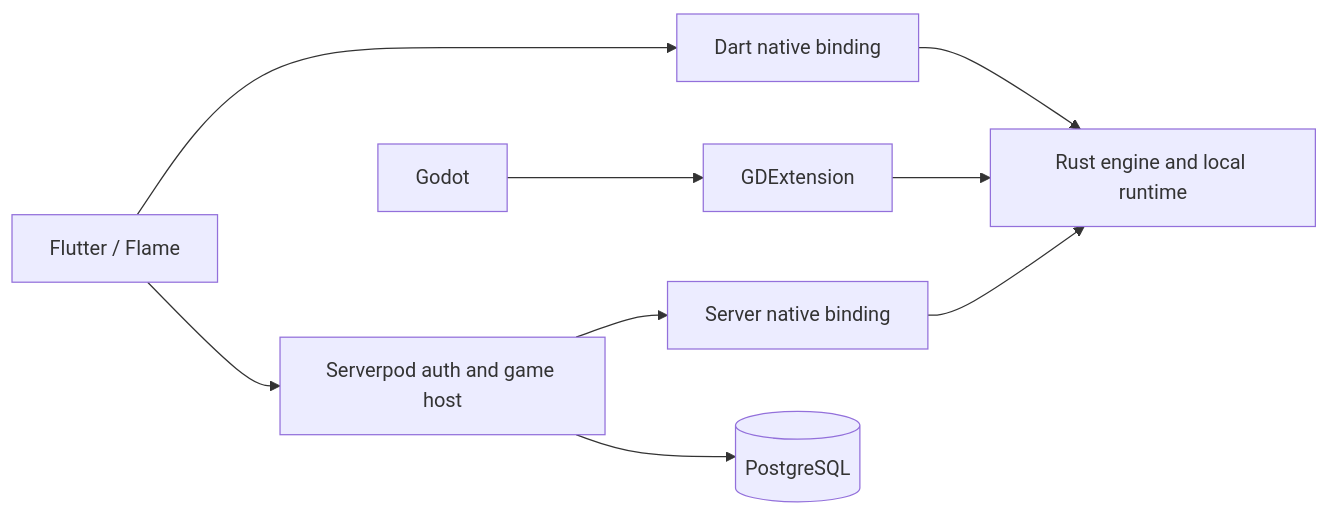
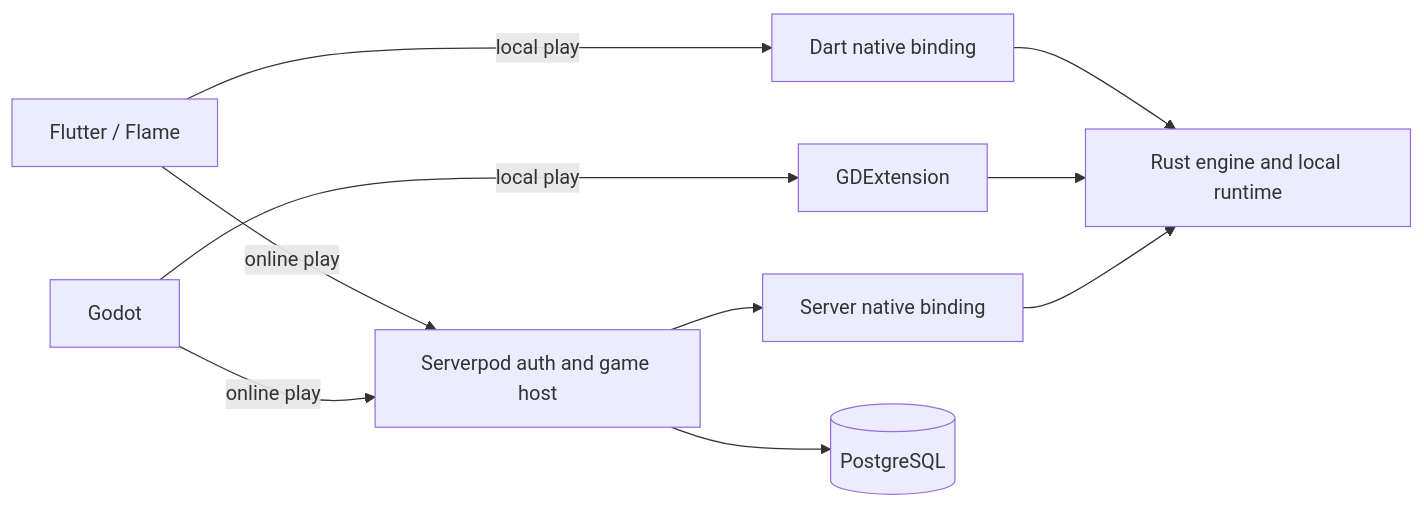
Before and after one commit to ernestwisniewski/age-of-new-worlds: the diagram in docs/README.md, drawn with Mermaid.

Commit message:
Connect Godot to multiplayer architecture

````diff
--- a/docs/README.md
+++ b/docs/README.md
@@ -29,11 +29,12 @@
 ```mermaid
 flowchart LR
-  Flutter["Flutter / Flame"] --> LocalBoundary["Dart native binding"]
-  Godot["Godot"] --> GodotBoundary["GDExtension"]
+  Flutter["Flutter / Flame"] -->|local play| LocalBoundary["Dart native binding"]
+  Godot["Godot"] -->|local play| GodotBoundary["GDExtension"]
   LocalBoundary --> Rust["Rust engine and local runtime"]
   GodotBoundary --> Rust
-  Flutter --> Serverpod["Serverpod auth and game host"]
+  Flutter -->|online play| Serverpod["Serverpod auth and game host"]
+  Godot -->|online play| Serverpod
   Serverpod --> ServerBoundary["Server native binding"]
   ServerBoundary --> Rust
   Serverpod --> PostgreSQL[(PostgreSQL)]
 ```
````
